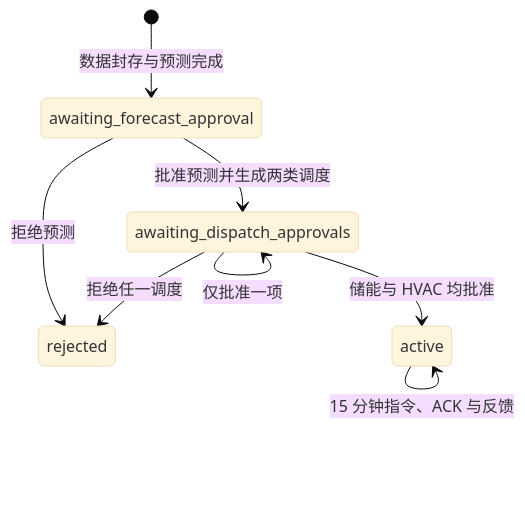
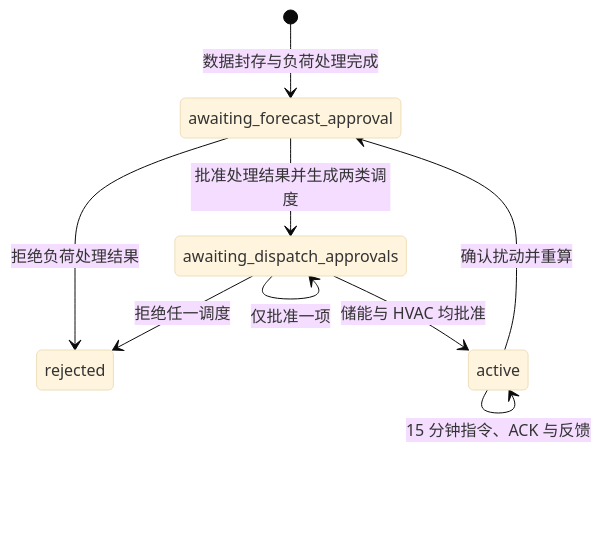
One commit to ooopiea/Energy-Carbon-Management-System changed the diagram in docs/ARCHITECTURE.md. Above: the diagram before and after it, drawn with Mermaid (base theme). The commit also changed other lines of this file and 44 other files, not shown here.

````diff
--- a/docs/ARCHITECTURE.md
+++ b/docs/ARCHITECTURE.md
@@ -12,10 +13,11 @@
 ```mermaid
 stateDiagram-v2
-    [*] --> awaiting_forecast_approval: 数据封存与预测完成
-    awaiting_forecast_approval --> rejected: 拒绝预测
-    awaiting_forecast_approval --> awaiting_dispatch_approvals: 批准预测并生成两类调度
+    [*] --> awaiting_forecast_approval: 数据封存与负荷处理完成
+    awaiting_forecast_approval --> rejected: 拒绝负荷处理结果
+    awaiting_forecast_approval --> awaiting_dispatch_approvals: 批准处理结果并生成两类调度
     awaiting_dispatch_approvals --> rejected: 拒绝任一调度
     awaiting_dispatch_approvals --> awaiting_dispatch_approvals: 仅批准一项
     awaiting_dispatch_approvals --> active: 储能与 HVAC 均批准
     active --> active: 15 分钟指令、ACK 与反馈
+    active --> awaiting_forecast_approval: 确认扰动并重算
 ```
````
